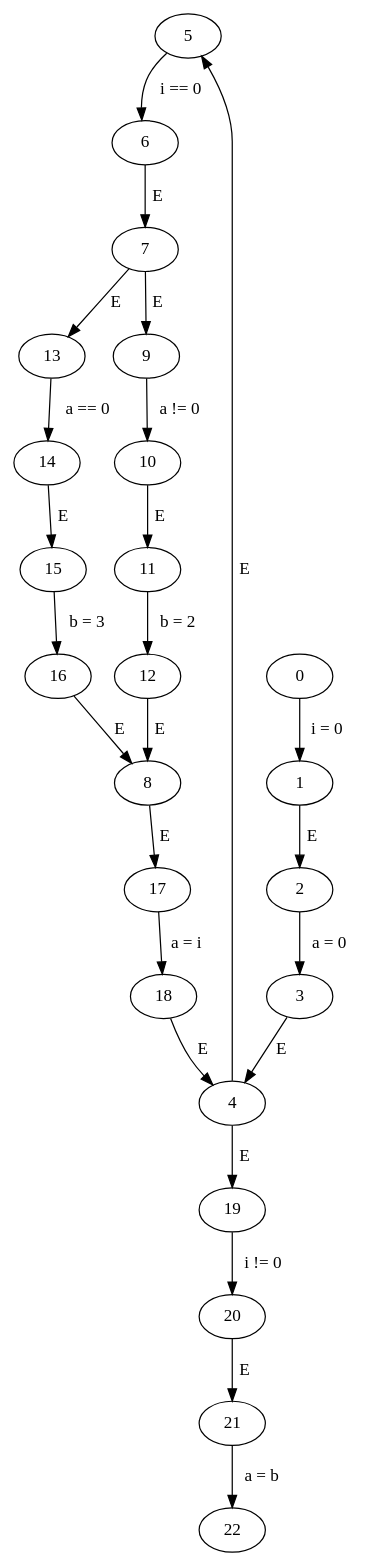
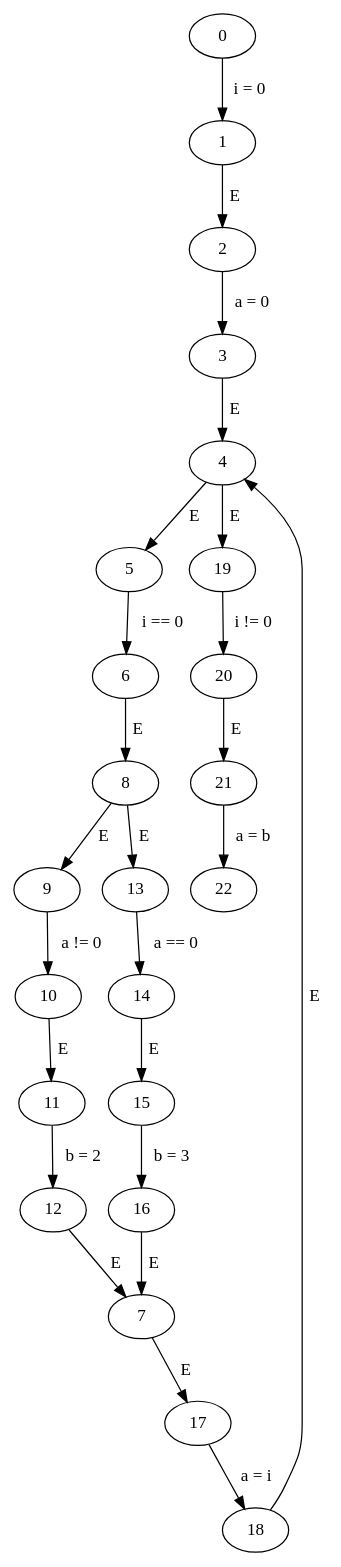
Before and after one commit to Harman309/project6: the diagram in code/graphs/while/while.gv, drawn with Graphviz. The commit also changed 6 other files, not shown here.

```diff
--- a/code/graphs/while/while.gv
+++ b/code/graphs/while/while.gv
@@ -1,27 +1,27 @@
 // while
 digraph {
+	4 -> 5 [label=" E "]
+	3 -> 4 [label=" E "]
+	9 -> 10 [label=" a != 0 "]
 	5 -> 6 [label=" i == 0 "]
-	13 -> 14 [label=" a == 0 "]
-	4 -> 5 [label=" E "]
+	15 -> 16 [label=" b = 3 "]
+	17 -> 18 [label=" a = i "]
+	2 -> 3 [label=" a = 0 "]
+	8 -> 9 [label=" E "]
 	11 -> 12 [label=" b = 2 "]
-	19 -> 20 [label=" i != 0 "]
-	7 -> 13 [label=" E "]
-	15 -> 16 [label=" b = 3 "]
-	18 -> 4 [label=" E "]
-	7 -> 9 [label=" E "]
-	21 -> 22 [label=" a = b "]
-	3 -> 4 [label=" E "]
-	12 -> 8 [label=" E "]
-	20 -> 21 [label=" E "]
 	1 -> 2 [label=" E "]
-	16 -> 8 [label=" E "]
-	14 -> 15 [label=" E "]
+	7 -> 17 [label=" E "]
+	10 -> 11 [label=" E "]
 	4 -> 19 [label=" E "]
 	0 -> 1 [label=" i = 0 "]
-	10 -> 11 [label=" E "]
-	6 -> 7 [label=" E "]
-	17 -> 18 [label=" a = i "]
-	2 -> 3 [label=" a = 0 "]
-	8 -> 17 [label=" E "]
-	9 -> 10 [label=" a != 0 "]
+	18 -> 4 [label=" E "]
+	19 -> 20 [label=" i != 0 "]
+	20 -> 21 [label=" E "]
+	16 -> 7 [label=" E "]
+	12 -> 7 [label=" E "]
+	21 -> 22 [label=" a = b "]
+	6 -> 8 [label=" E "]
+	8 -> 13 [label=" E "]
+	13 -> 14 [label=" a == 0 "]
+	14 -> 15 [label=" E "]
 }
```
